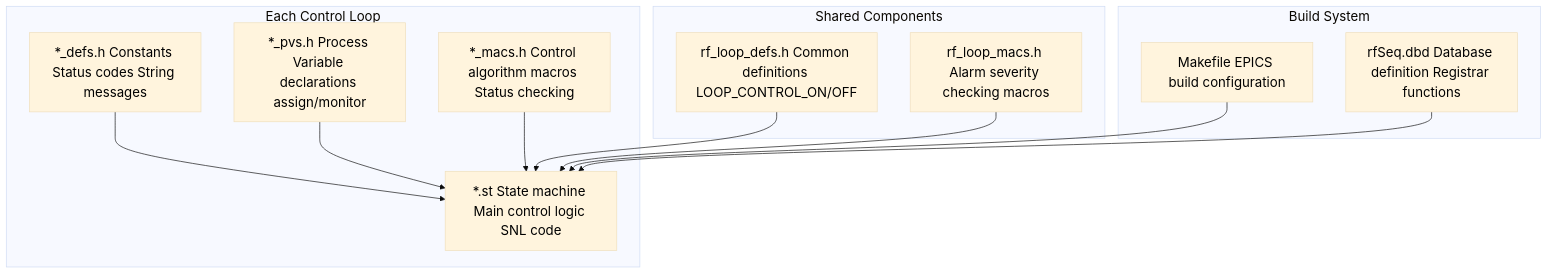
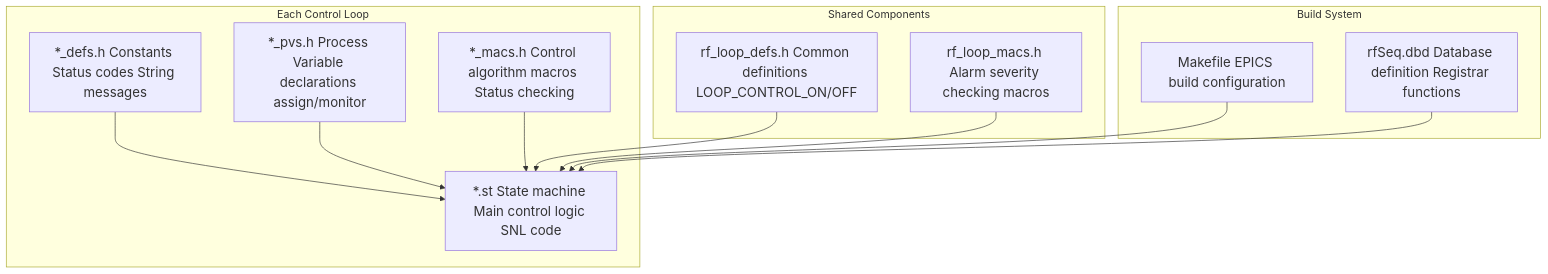
Diagram 15 of 18 in SPEAR3_LLRF_COMPREHENSIVE_ANALYSIS.md (fayaw/spearlegacyLLRF), drawn with Mermaid before and after one commit. The commit also changed other lines of this file, not shown here.

First line of the commit message:
Fix font sizing in mermaid diagrams: remove black text, increase element font sizes

````diff
--- a/SPEAR3_LLRF_COMPREHENSIVE_ANALYSIS.md
+++ b/SPEAR3_LLRF_COMPREHENSIVE_ANALYSIS.md
@@ -736,34 +740,35 @@
 ```mermaid
-%%{init: {'theme':'base', 'themeVariables': {'fontSize': '20px', 'fontFamily': 'Arial', 'primaryTextColor': '#000000'}}}%%
 graph TB
  subgraph "Each Control Loop"
  Defs[*_defs.h Constants Status codes String messages]
  
  PVs[*_pvs.h Process Variable declarations assign/monitor]
  
  Macs[*_macs.h Control algorithm macros Status checking]
  
  Sequence[*.st State machine Main control logic SNL code]
  end
  
  subgraph "Shared Components"
  Loop_Defs[rf_loop_defs.h Common definitions LOOP_CONTROL_ON/OFF]
  
  Loop_Macs[rf_loop_macs.h Alarm severity checking macros]
  end
  
  subgraph "Build System"
  Makefile[Makefile EPICS build configuration]
  
  DBD[rfSeq.dbd Database definition Registrar functions]
  end
  
  Defs --> Sequence
  PVs --> Sequence
  Macs --> Sequence
  Loop_Defs --> Sequence
  Loop_Macs --> Sequence
  
  Makefile --> Sequence
  DBD --> Sequence
+
+ classDef default font-size:20px
 ```
````
